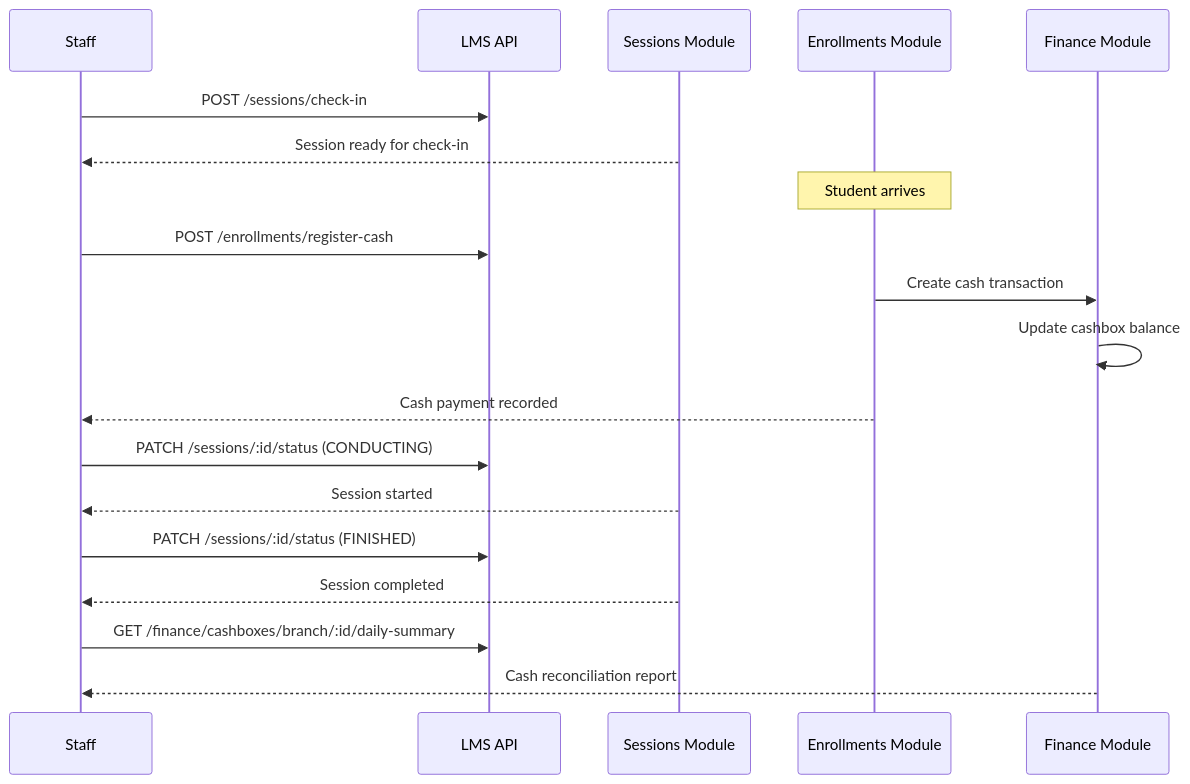
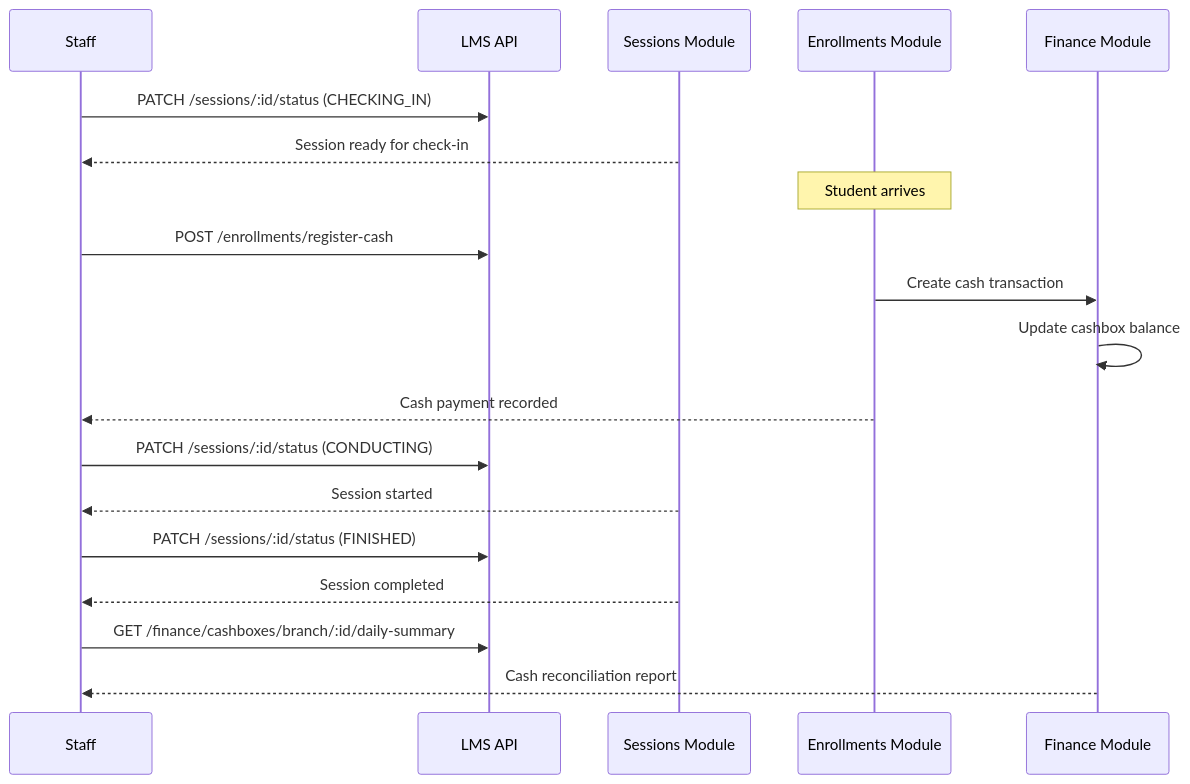
One commit to AhmedElGarhy1/lms-saas-backend changed the second of 3 diagrams in E2E_ARCHITECTURE_GUIDE.md. Above: the diagram before and after it, drawn with Mermaid. The commit also changed other lines of this file and 22 other files, not shown here.

````diff
--- a/E2E_ARCHITECTURE_GUIDE.md
+++ b/E2E_ARCHITECTURE_GUIDE.md
@@ -433,26 +413,26 @@
 ```mermaid
 sequenceDiagram
     participant Staff as Staff
     participant API as LMS API
     participant SM as Sessions Module
     participant EM as Enrollments Module
     participant FM as Finance Module
 
-    Staff->>API: POST /sessions/check-in
+    Staff->>API: PATCH /sessions/:id/status (CHECKING_IN)
     SM-->>Staff: Session ready for check-in
 
     Note over EM: Student arrives
     Staff->>API: POST /enrollments/register-cash
     EM->>FM: Create cash transaction
     FM->>FM: Update cashbox balance
     EM-->>Staff: Cash payment recorded
 
     Staff->>API: PATCH /sessions/:id/status (CONDUCTING)
     SM-->>Staff: Session started
 
     Staff->>API: PATCH /sessions/:id/status (FINISHED)
     SM-->>Staff: Session completed
 
     Staff->>API: GET /finance/cashboxes/branch/:id/daily-summary
     FM-->>Staff: Cash reconciliation report
 ```
````
